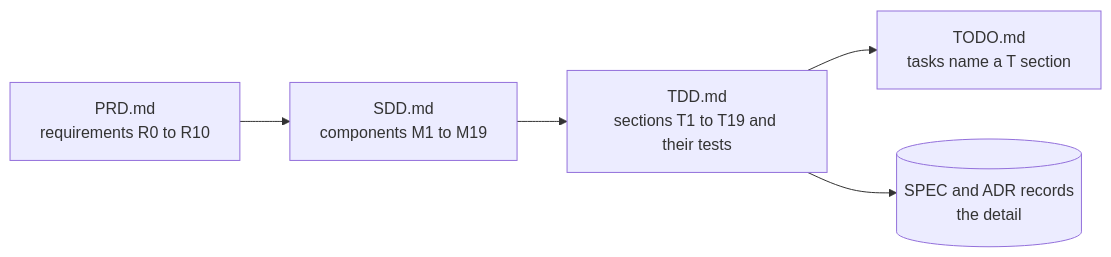
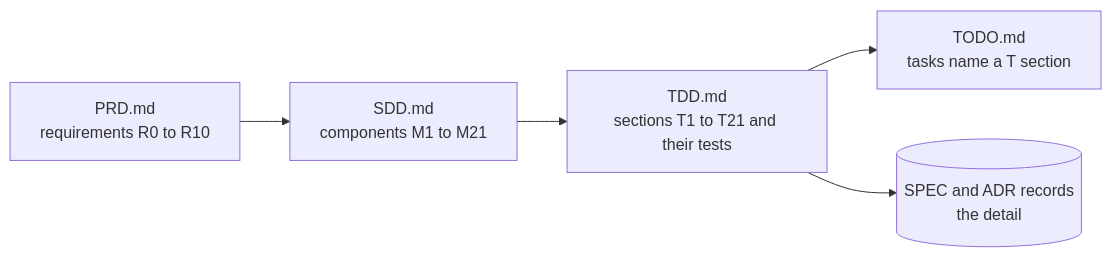
One commit to kesokaj/fyr changed the second of 2 diagrams in README.md. Above: the diagram before and after it, drawn with Mermaid. The commit also changed other lines of this file and 41 other files, not shown here.

````diff
--- a/README.md
+++ b/README.md
@@ -321,7 +324,7 @@
 ```mermaid
 flowchart LR
-  prd["PRD.md<br/>requirements R0 to R10"] --> sdd["SDD.md<br/>components M1 to M19"]
-  sdd --> tdd["TDD.md<br/>sections T1 to T19 and their tests"]
+  prd["PRD.md<br/>requirements R0 to R10"] --> sdd["SDD.md<br/>components M1 to M21"]
+  sdd --> tdd["TDD.md<br/>sections T1 to T21 and their tests"]
   tdd --> todo["TODO.md<br/>tasks name a T section"]
   tdd --> records[("SPEC and ADR records<br/>the detail")]
 ```
````
